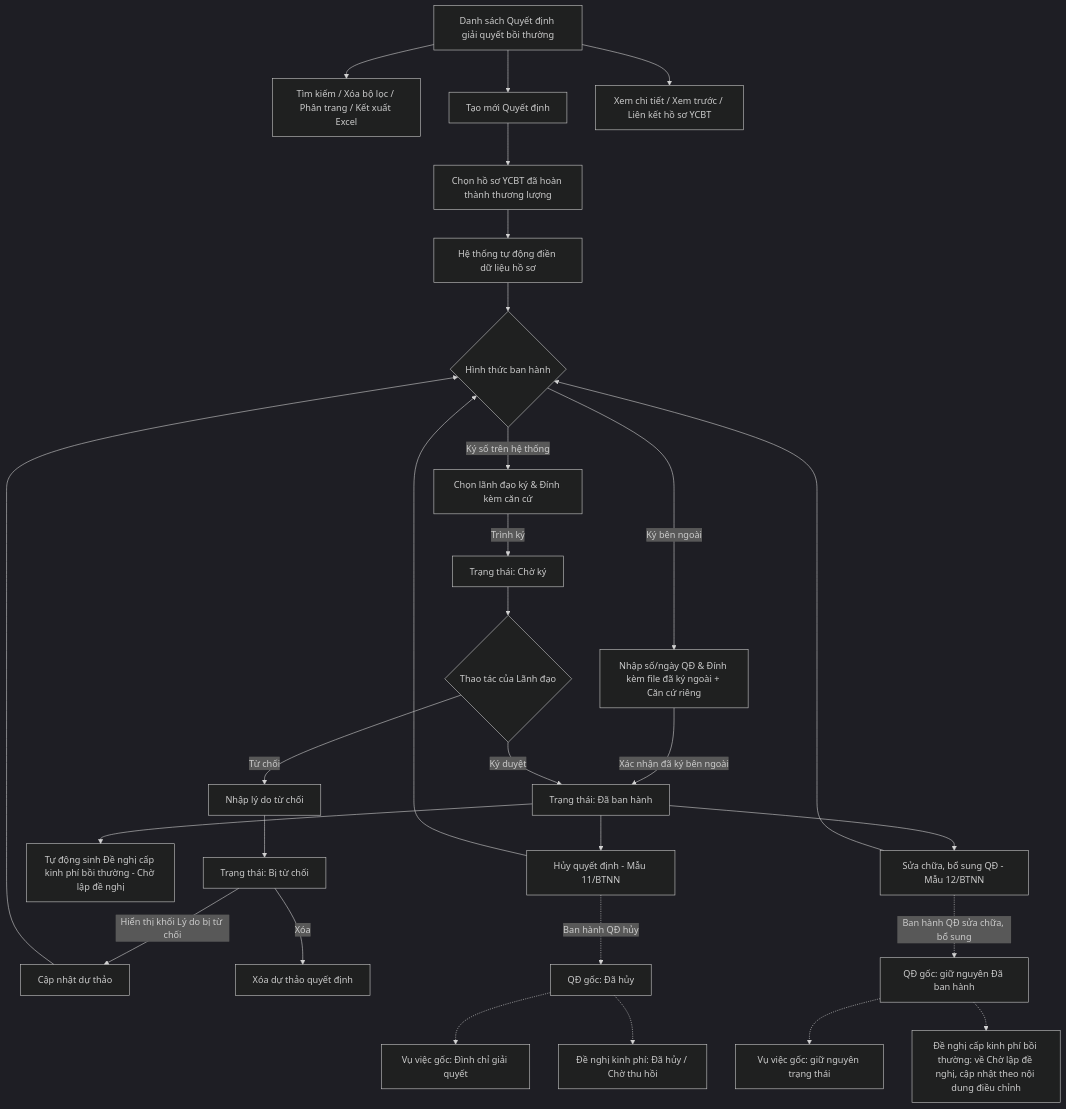
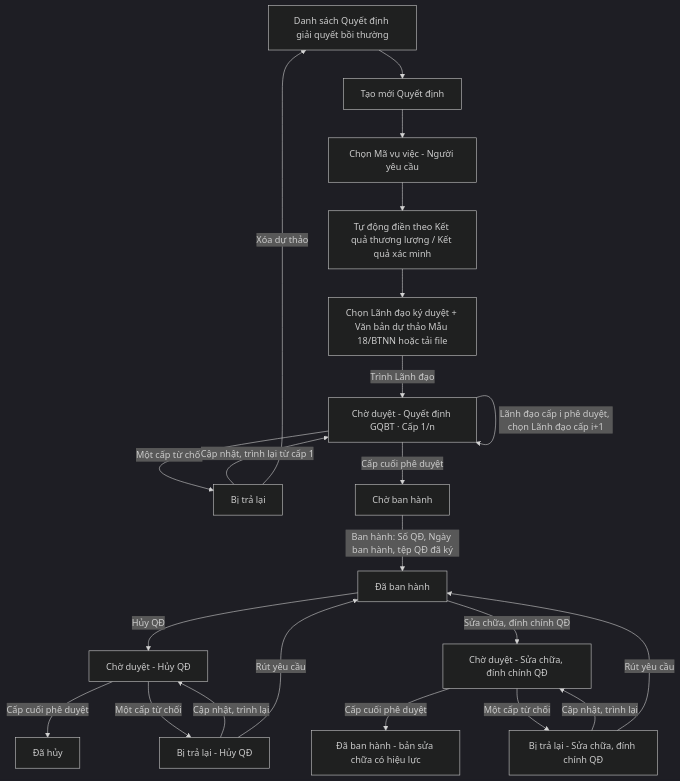
The diagram in Tai lieu phan tich/03_Website_Quan_tri/03_Cong_tac_boi_thuong/SRS_BTNN_GiaiQuyetBT_QuyetDinh_GQBT.md (huyendt2007/BPBD_UI), drawn with Mermaid (dark theme) before and after one commit. The commit also changed other lines of this file and 15 other files, not shown here.

Commit message:
feat(BTNN): prohibit CQGQBT from viewing XDCQ, define Tra cuu data scope BTP/STP, and make Nbth/Chi nhanh optional

````diff
--- a/Tai lieu phan tich/03_Website_Quan_tri/03_Cong_tac_boi_thuong/SRS_BTNN_GiaiQuyetBT_QuyetDinh_GQBT.md
+++ b/Tai lieu phan tich/03_Website_Quan_tri/03_Cong_tac_boi_thuong/SRS_BTNN_GiaiQuyetBT_QuyetDinh_GQBT.md
@@ -31,31 +64,24 @@
 ```mermaid
 flowchart TD
-    A[Danh sách Quyết định giải quyết bồi thường] --> B[Tìm kiếm / Xóa bộ lọc / Phân trang / Kết xuất Excel]
-    A --> C[Tạo mới Quyết định]
-    C --> D[Chọn hồ sơ YCBT đã hoàn thành thương lượng]
-    D --> E[Hệ thống tự động điền dữ liệu hồ sơ]
-    E --> F{Hình thức ban hành}
-    F -->|Ký số trên hệ thống| F1[Chọn lãnh đạo ký & Đính kèm căn cứ]
-    F -->|Ký bên ngoài| F2[Nhập số/ngày QĐ & Đính kèm file đã ký ngoài + Căn cứ riêng]
-    F1 -->|Trình ký| I[Trạng thái: Chờ ký]
-    F2 -->|Xác nhận đã ký bên ngoài| J[Trạng thái: Đã ban hành]
-    K[Cập nhật dự thảo] --> F
-    I --> L{Thao tác của Lãnh đạo}
-    L -->|Ký duyệt| J
-    L -->|Từ chối| M[Nhập lý do từ chối]
-    M --> N[Trạng thái: Bị từ chối]
-    N -->|Hiển thị khối Lý do bị từ chối| K
-    N -->|Xóa| N1[Xóa dự thảo quyết định]
-    J --> J1[Tự động sinh Đề nghị cấp kinh phí bồi thường - Chờ lập đề nghị]
-    J --> O[Hủy quyết định - Mẫu 11/BTNN]
-    J --> P[Sửa chữa, bổ sung QĐ - Mẫu 12/BTNN]
-    O --> F
-    P --> F
-    O -.->|Ban hành QĐ hủy| O1[QĐ gốc: Đã hủy]
-    O1 -.-> O2[Vụ việc gốc: Đình chỉ giải quyết]
-    O1 -.-> O3[Đề nghị kinh phí: Đã hủy / Chờ thu hồi]
-    P -.->|Ban hành QĐ sửa chữa, bổ sung| P1[QĐ gốc: giữ nguyên Đã ban hành]
-    P1 -.-> P2[Vụ việc gốc: giữ nguyên trạng thái]
-    P1 -.-> P3[Đề nghị cấp kinh phí bồi thường: về Chờ lập đề nghị, cập nhật theo nội dung điều chỉnh]
-    A --> Q[Xem chi tiết / Xem trước / Liên kết hồ sơ YCBT]
+    A[Danh sách Quyết định giải quyết bồi thường] --> C[Tạo mới Quyết định]
+    C --> D[Chọn Mã vụ việc - Người yêu cầu]
+    D --> E[Tự động điền theo Kết quả thương lượng / Kết quả xác minh]
+    E --> F[Chọn Lãnh đạo ký duyệt + Văn bản dự thảo Mẫu 18/BTNN hoặc tải file]
+    F -->|Trình Lãnh đạo| G[Chờ duyệt - Quyết định GQBT · Cấp 1/n]
+    G -->|Lãnh đạo cấp i phê duyệt, chọn Lãnh đạo cấp i+1| G
+    G -->|Một cấp từ chối| H[Bị trả lại]
+    H -->|Cập nhật, trình lại từ cấp 1| G
+    H -->|Xóa dự thảo| A
+    G -->|Cấp cuối phê duyệt| I[Chờ ban hành]
+    I -->|Ban hành: Số QĐ, Ngày ban hành, tệp QĐ đã ký| J[Đã ban hành]
+    J -->|Hủy QĐ| K[Chờ duyệt - Hủy QĐ]
+    J -->|Sửa chữa, đính chính QĐ| L[Chờ duyệt - Sửa chữa, đính chính QĐ]
+    K -->|Cấp cuối phê duyệt| M[Đã hủy]
+    L -->|Cấp cuối phê duyệt| J2[Đã ban hành - bản sửa chữa có hiệu lực]
+    K -->|Một cấp từ chối| N[Bị trả lại - Hủy QĐ]
+    L -->|Một cấp từ chối| N2[Bị trả lại - Sửa chữa, đính chính QĐ]
+    N -->|Cập nhật, trình lại| K
+    N2 -->|Cập nhật, trình lại| L
+    N -->|Rút yêu cầu| J
+    N2 -->|Rút yêu cầu| J
 ```
````
